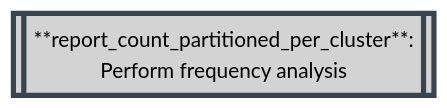
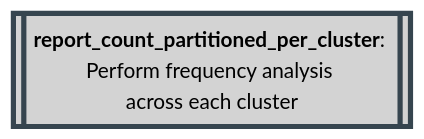
Diagram 16 of 30 in docs/02-workflow/02-methodology.md (Tuks-ICMM/Pharmacogenetic-Analysis-Pipeline), drawn with Mermaid before and after one commit. The commit also changed other lines of this file, not shown here.

````diff
--- a/docs/02-workflow/02-methodology.md
+++ b/docs/02-workflow/02-methodology.md
@@ -945,8 +721,7 @@
   ```mermaid
-  flowchart TD
+  flowchart TD    
+    report_count_partitioned_per_cluster[[<b>report_count_partitioned_per_cluster</b>: <br>Perform frequency analysis <br>across each cluster]]
+
     classDef plink stroke:#36454F,fill:#D3D3D3,stroke-width:4px,color:black;
-    
-    report_count_partitioned_per_cluster[[**report_count_partitioned_per_cluster**:
-Perform frequency analysis]]
     class report_count_partitioned_per_cluster plink;
   ```
````
